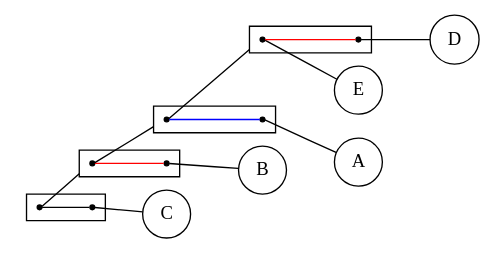
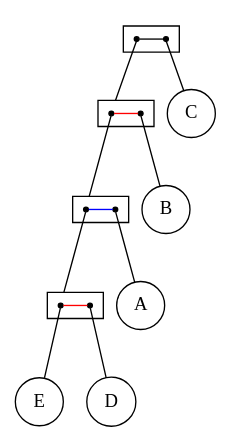
Before and after one commit to lrodrin/TFG: the diagram in src/final/Structure.dot, drawn with Graphviz. The commit also changed 14 other files, not shown here.

```diff
--- a/src/final/Structure.dot
+++ b/src/final/Structure.dot
@@ -1,44 +1,44 @@
 digraph Structure {
 compound=true;
 fontname=Verdana;
 fontsize=12;
-rankdir=LR;
+newrank=true;
 node [shape=circle];
 C;
 B;
 A;
 E;
 D;
-subgraph cluster_BEACD {
+subgraph cluster_EADBC {
+rank=same;
 node [shape=point];
-subgraph {
-s_EBDA -> s_C  [color=black, arrowhead=none];
-}}
+s_DEBA -> s_C  [color=black, arrowhead=none];
+}
 
-subgraph cluster_EBDA {
+subgraph cluster_DEBA {
+rank=same;
 node [shape=point];
-subgraph {
-s_EDA -> s_B  [color=red, arrowhead=none];
-}}
+s_DEA -> s_B  [color=red, arrowhead=none];
+}
 
-subgraph cluster_EDA {
+subgraph cluster_DEA {
+rank=same;
 node [shape=point];
-subgraph {
-s_ED -> s_A  [color=blue, arrowhead=none];
-}}
+s_DE -> s_A  [color=blue, arrowhead=none];
+}
 
-subgraph cluster_ED {
+subgraph cluster_DE {
+rank=same;
 node [shape=point];
-subgraph {
 s_E -> s_D  [color=red, arrowhead=none];
-}}
+}
 
-s_EBDA -> s_EDA  [lhead=cluster_EBDA, arrowhead=none];
+s_DEBA -> s_DEA  [lhead=cluster_DEBA, arrowhead=none];
 s_C -> C  [arrowhead=none];
-s_EDA -> s_ED  [lhead=cluster_EDA, arrowhead=none];
+s_DEA -> s_DE  [lhead=cluster_DEA, arrowhead=none];
 s_B -> B  [arrowhead=none];
-s_ED -> s_E  [lhead=cluster_ED, arrowhead=none];
+s_DE -> s_E  [lhead=cluster_DE, arrowhead=none];
 s_A -> A  [arrowhead=none];
 s_E -> E  [arrowhead=none];
 s_D -> D  [arrowhead=none];
 }
```
